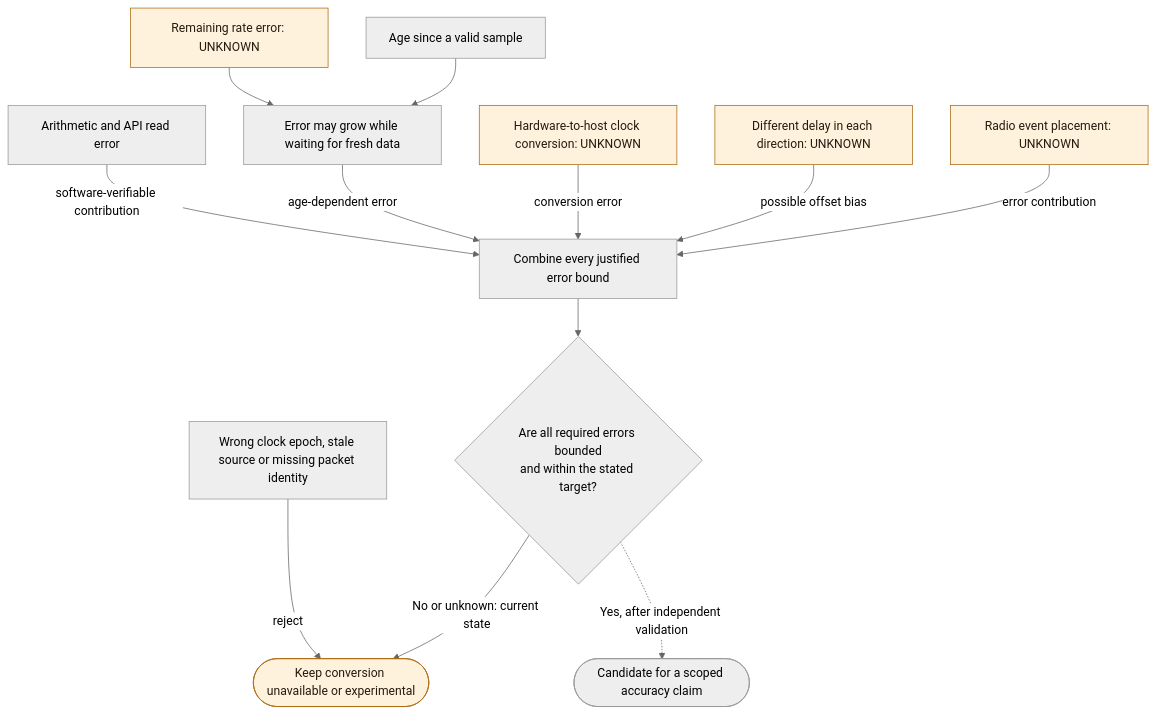
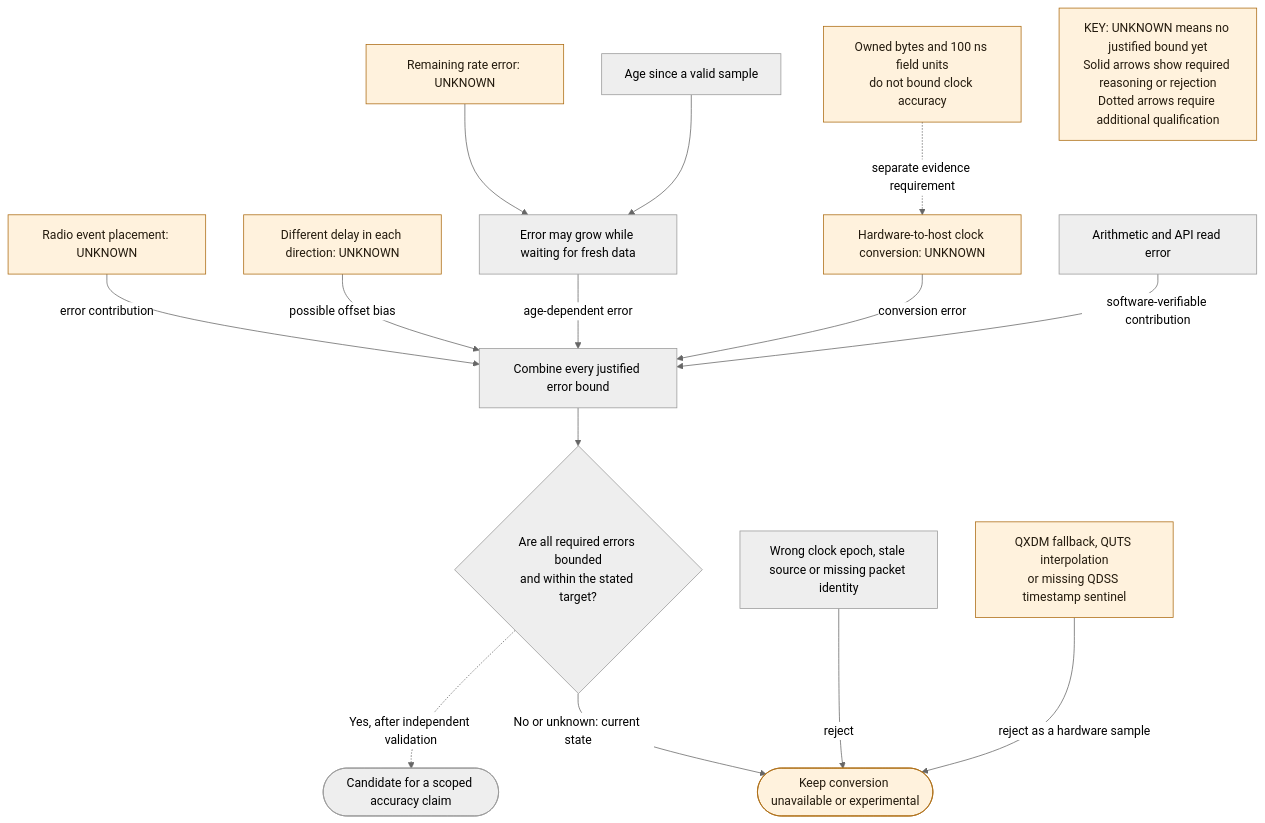
One commit to Protonmatter/wifi-hardware-time changed the fourth of 5 diagrams in docs/clock-models/packet-to-clock-map.md. Above: the diagram before and after it, drawn with Mermaid (neutral theme). The commit also changed other lines of this file and 123 other files, not shown here.

````diff
--- a/docs/clock-models/packet-to-clock-map.md
+++ b/docs/clock-models/packet-to-clock-map.md
@@ -244,17 +256,20 @@
 ```mermaid
 flowchart TB
   E["Radio event placement: UNKNOWN"] -->|error contribution| SUM["Combine every justified error bound"]
   A["Different delay in each direction: UNKNOWN"] -->|possible offset bias| SUM
   M["Hardware-to-host clock conversion: UNKNOWN"] -->|conversion error| SUM
   D["Age since a valid sample"] --> H["Error may grow while waiting for fresh data"]
   R["Remaining rate error: UNKNOWN"] --> H
   H -->|age-dependent error| SUM
   P["Arithmetic and API read error"] -->|software-verifiable contribution| SUM
   SUM --> G{"Are all required errors bounded
 and within the stated target?"}
   G -->|No or unknown: current state| NO(["Keep conversion unavailable or experimental"])
   G -. "Yes, after independent validation" .-> OK(["Candidate for a scoped accuracy claim"])
   X["Wrong clock epoch, stale source or missing packet identity"] -->|reject| NO
+  T["QXDM fallback, QUTS interpolation<br/>or missing QDSS timestamp sentinel"] -->|reject as a hardware sample| NO
+  B["Owned bytes and 100 ns field units<br/>do not bound clock accuracy"] -. "separate evidence requirement" .-> M
+  KEY["KEY: UNKNOWN means no justified bound yet<br/>Solid arrows show required reasoning or rejection<br/>Dotted arrows require additional qualification"]
   classDef unknown fill:#fff2dd,stroke:#ac6b12,color:#241b0e;
-  class E,A,M,R,NO unknown;
+  class E,A,M,R,NO,T,B,KEY unknown;
 ```
````
